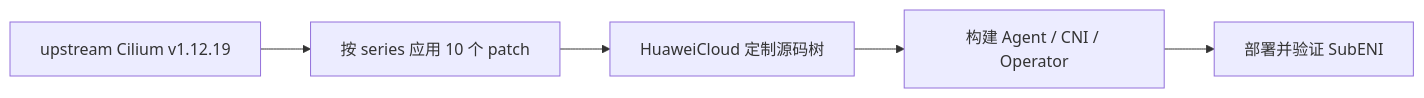
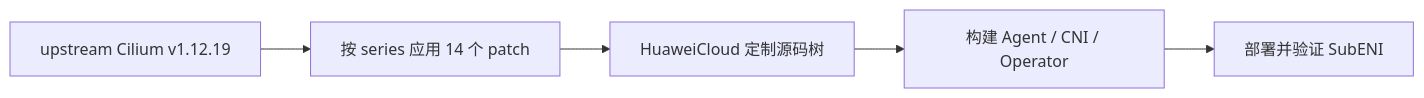
One commit to lchany/huawei-cilium-plug changed the diagram in README.md. Above: the diagram before and after it, drawn with Mermaid. The commit also changed 18 other files, not shown here.

````diff
--- a/README.md
+++ b/README.md
@@ -104,10 +104,10 @@
 ```mermaid
 flowchart LR
     base["upstream Cilium v1.12.19"]
-    patches["按 series 应用 10 个 patch"]
+    patches["按 series 应用 14 个 patch"]
     source["HuaweiCloud 定制源码树"]
     build["构建 Agent / CNI / Operator"]
     deploy["部署并验证 SubENI"]
 
     base --> patches --> source --> build --> deploy
 ```
````
